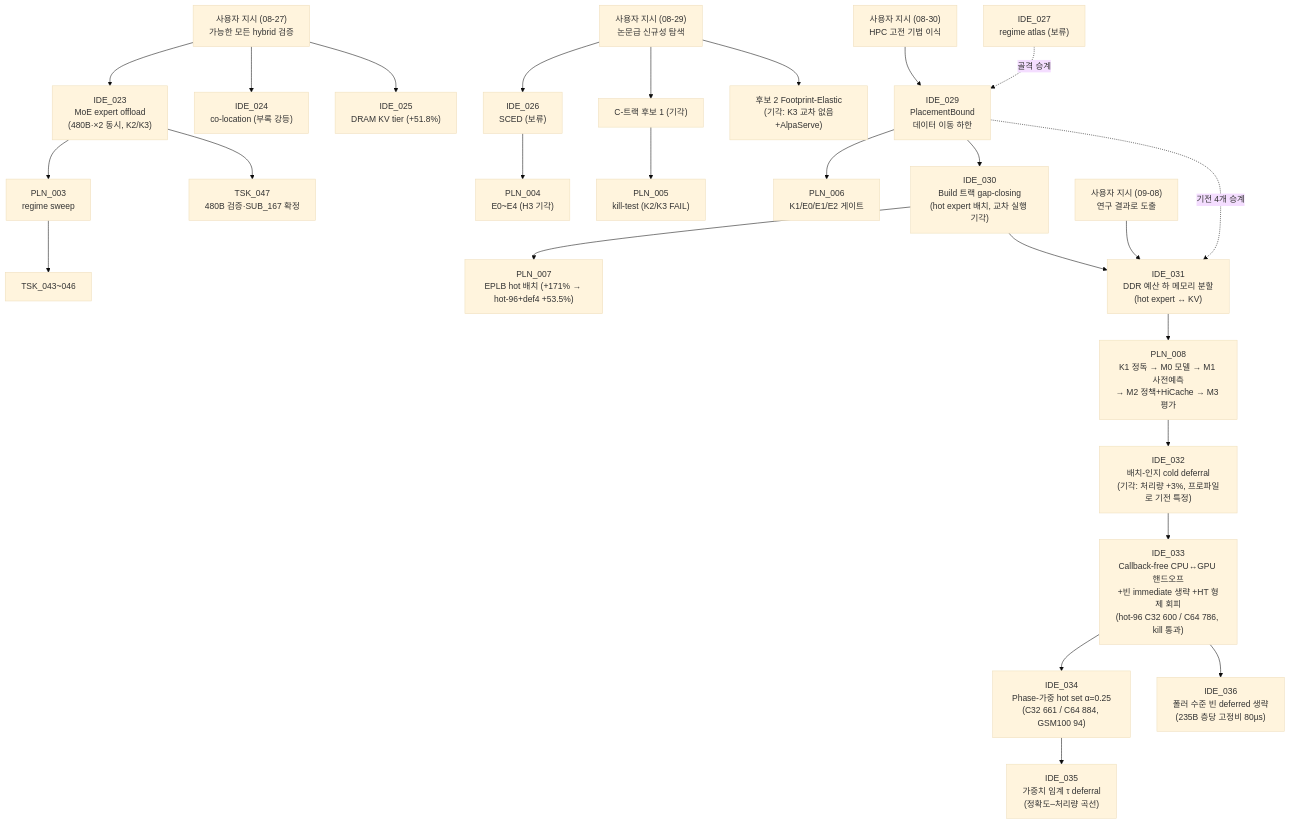
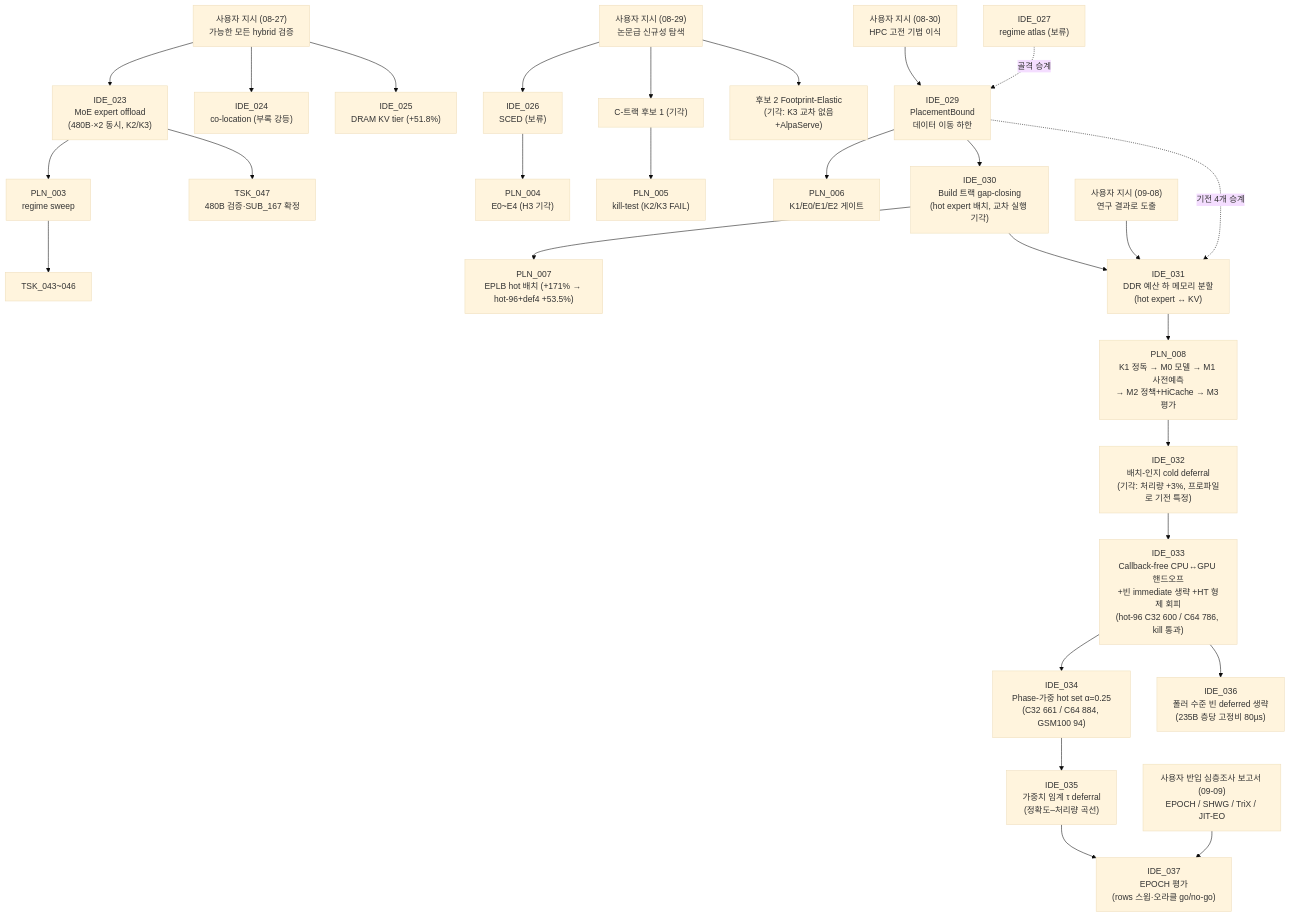
The second of 2 diagrams in shadow_assists/README.md (mystous/vllm_hybrid), drawn with Mermaid (base theme) before and after one commit. The commit also changed 2 other files, not shown here.

Commit message:
ids: IDE_037 EPOCH 평가 (심층조사 보고서 반입, 사전 등록 go/no-go 오라클 ≥10~15%); 보고서 보관
Claude-Session: https://claude.ai/code/session_01DLNvsR6jaGRWLwGy64zHCh

````diff
--- a/shadow_assists/README.md
+++ b/shadow_assists/README.md
@@ -270,28 +270,30 @@
 ```mermaid
 graph TD
     U27["사용자 지시 (08-27)<br/>가능한 모든 hybrid 검증"] --> IDE_023["IDE_023<br/>MoE expert offload<br/>(480B·×2 동시, K2/K3)"]
     U27 --> IDE_024["IDE_024<br/>co-location (부록 강등)"]
     U27 --> IDE_025["IDE_025<br/>DRAM KV tier (+51.8%)"]
     IDE_023 --> PLN_003["PLN_003<br/>regime sweep"]
     PLN_003 --> TSK_043["TSK_043~046"]
     IDE_023 --> TSK_047["TSK_047<br/>480B 검증·SUB_167 확정"]
     UN["사용자 지시 (08-29)<br/>논문급 신규성 탐색"] --> IDE_026["IDE_026<br/>SCED (보류)"]
     IDE_026 --> PLN_004["PLN_004<br/>E0~E4 (H3 기각)"]
     UN --> C1["C-트랙 후보 1 (기각)"]
     C1 --> PLN_005["PLN_005<br/>kill-test (K2/K3 FAIL)"]
     UN --> FP["후보 2 Footprint-Elastic<br/>(기각: K3 교차 없음+AlpaServe)"]
     UH["사용자 지시 (08-30)<br/>HPC 고전 기법 이식"] --> IDE_029["IDE_029<br/>PlacementBound<br/>데이터 이동 하한"]
     IDE_027["IDE_027<br/>regime atlas (보류)"] -.골격 승계.-> IDE_029
     IDE_029 --> PLN_006["PLN_006<br/>K1/E0/E1/E2 게이트"]
     IDE_029 --> IDE_030["IDE_030<br/>Build 트랙 gap-closing<br/>(hot expert 배치, 교차 실행 기각)"]
     IDE_030 --> PLN_007["PLN_007<br/>EPLB hot 배치 (+171% → hot-96+def4 +53.5%)"]
     UP["사용자 지시 (09-08)<br/>연구 결과로 도출"] --> IDE_031["IDE_031<br/>DDR 예산 하 메모리 분할<br/>(hot expert ↔ KV)"]
     IDE_030 --> IDE_031
     IDE_029 -.기전 4개 승계.-> IDE_031
     IDE_031 --> PLN_008["PLN_008<br/>K1 정독 → M0 모델 → M1 사전예측<br/>→ M2 정책+HiCache → M3 평가"]
     PLN_008 --> IDE_032["IDE_032<br/>배치-인지 cold deferral<br/>(기각: 처리량 +3%, 프로파일로 기전 특정)"]
     IDE_032 --> IDE_033["IDE_033<br/>Callback-free CPU↔GPU 핸드오프<br/>+빈 immediate 생략 +HT 형제 회피<br/>(hot-96 C32 600 / C64 786, kill 통과)"]
     IDE_033 --> IDE_034["IDE_034<br/>Phase-가중 hot set α=0.25<br/>(C32 661 / C64 884, GSM100 94)"]
     IDE_034 --> IDE_035["IDE_035<br/>가중치 임계 τ deferral<br/>(정확도–처리량 곡선)"]
     IDE_033 --> IDE_036["IDE_036<br/>폴러 수준 빈 deferred 생략<br/>(235B 층당 고정비 80µs)"]
+    UP2["사용자 반입 심층조사 보고서 (09-09)<br/>EPOCH / SHWG / TriX / JIT-EO"] --> IDE_037["IDE_037<br/>EPOCH 평가<br/>(rows 스윕·오라클 go/no-go)"]
+    IDE_035 --> IDE_037
 ```
````
